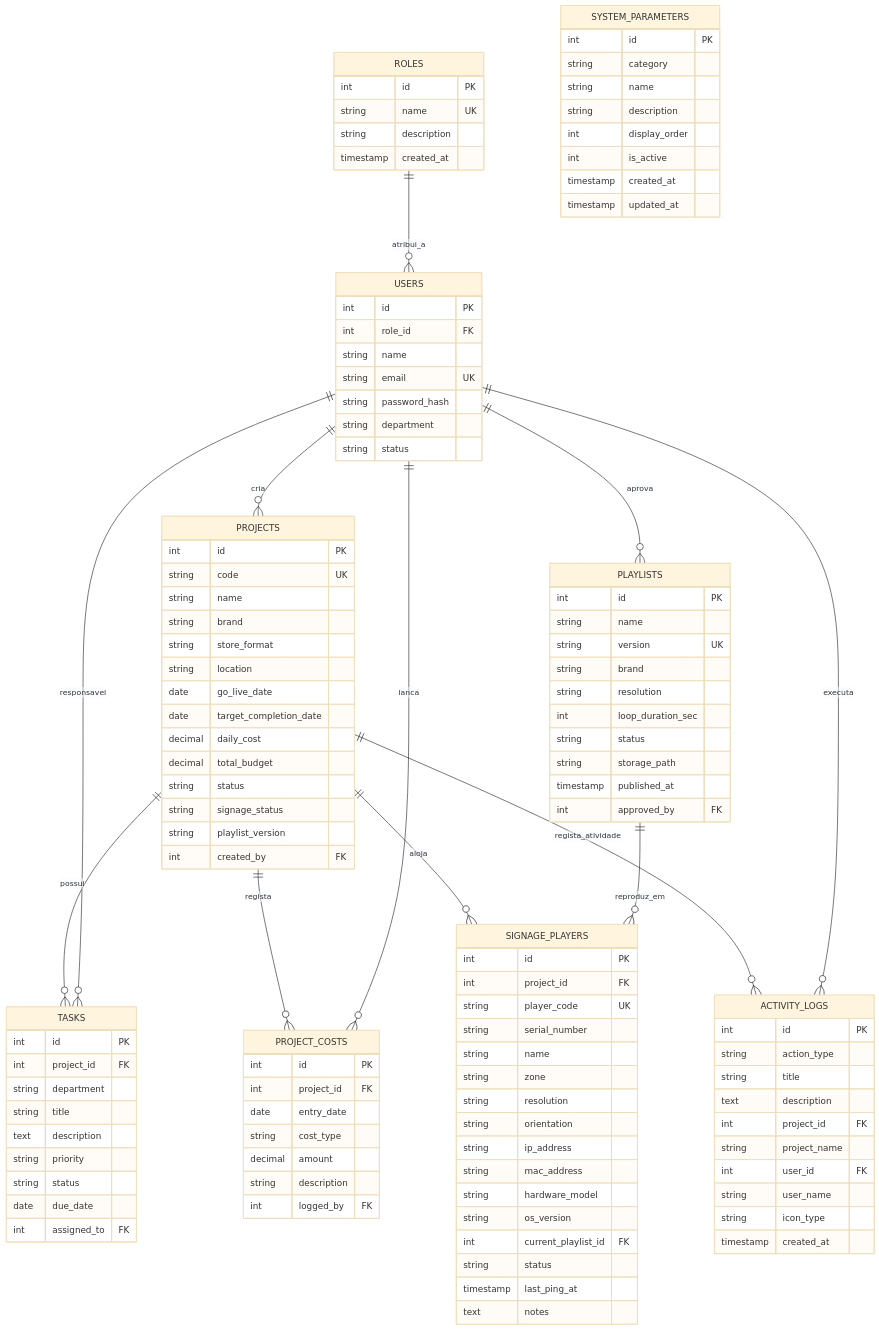
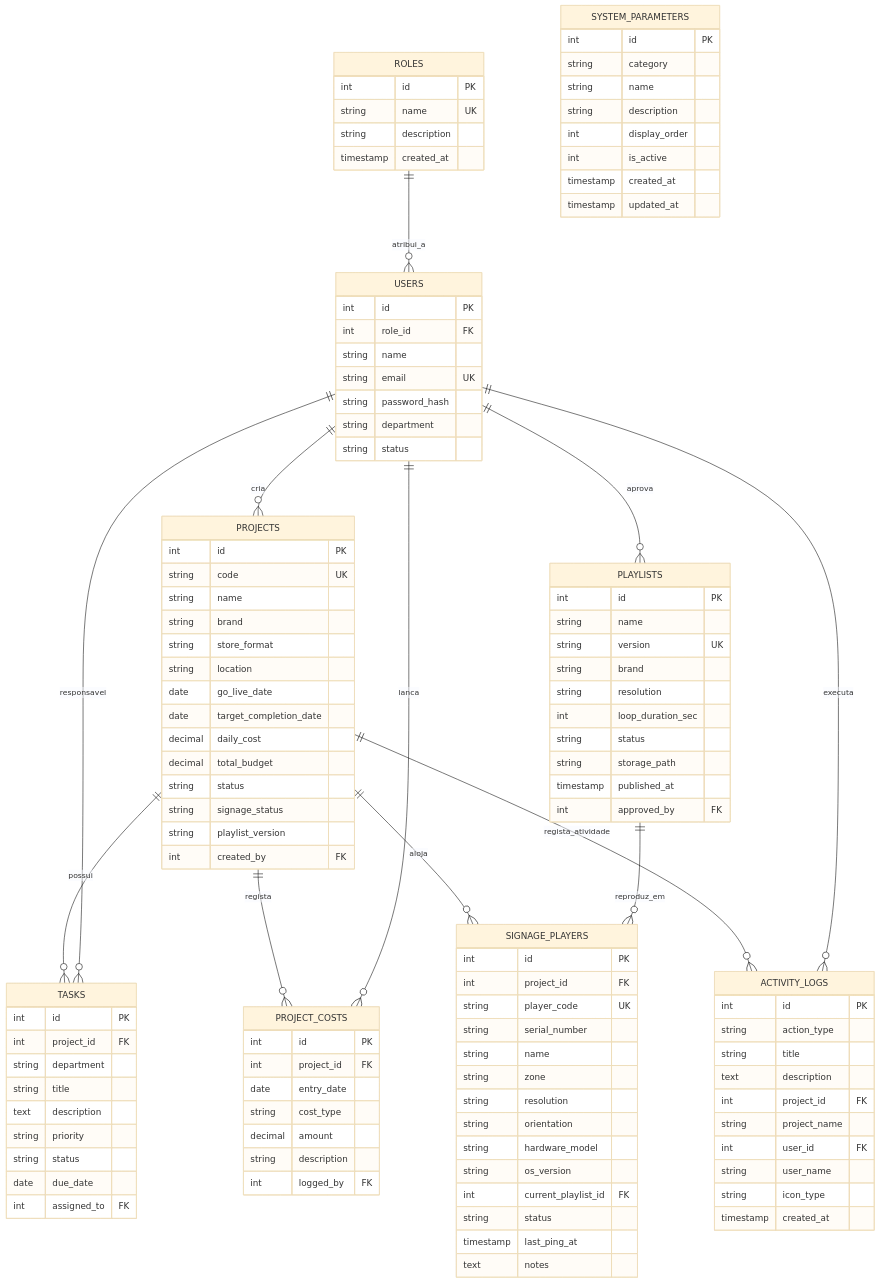
Before and after one commit to davisrc73/RetailLaunchOS: the first of 2 diagrams in ARQUITETURA_TECNICA.md, drawn with Mermaid (base theme). The commit also changed other lines of this file and 10 other files, not shown here.

```diff
--- a/ARQUITETURA_TECNICA.md
+++ b/ARQUITETURA_TECNICA.md
@@ -175,8 +175,6 @@
         string zone
         string resolution
         string orientation
-        string ip_address
-        string mac_address
         string hardware_model
         string os_version
         int current_playlist_id FK
```
